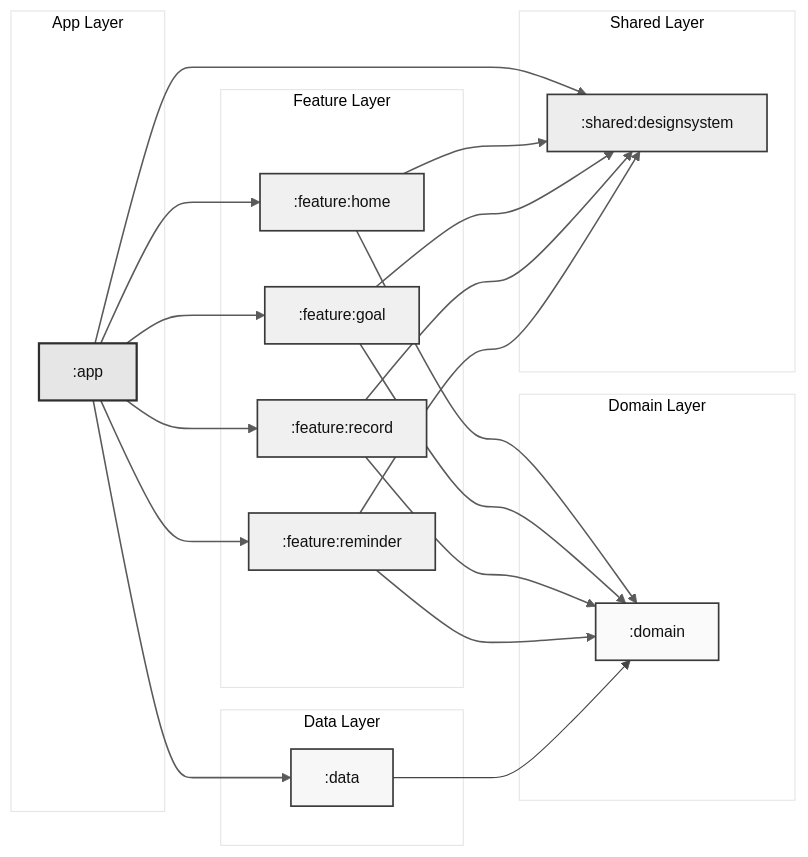
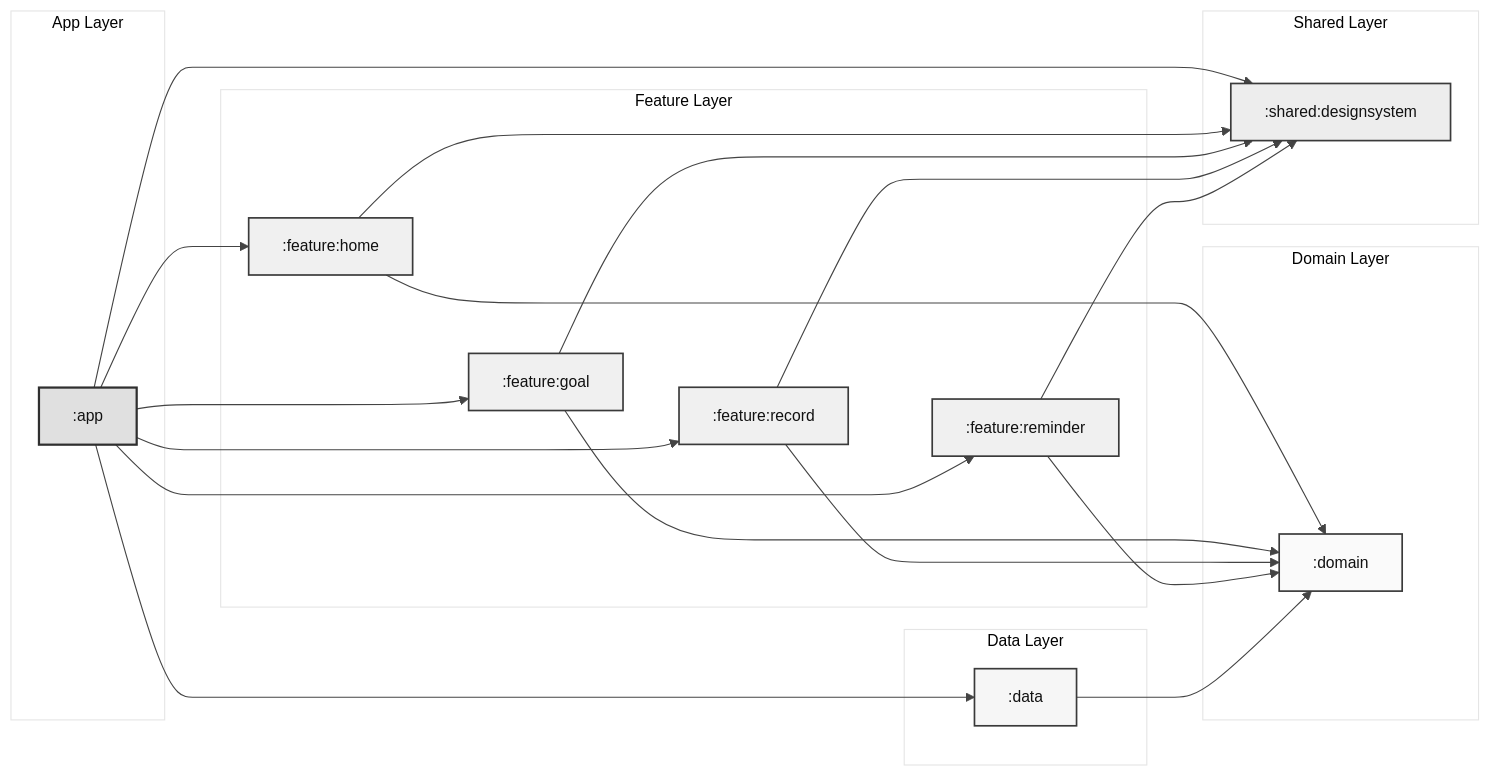
The diagram in README.md (Jiyeong-kor/FitFlow), drawn with Mermaid before and after one commit.

````diff
--- a/README.md
+++ b/README.md
@@ -81,31 +81,52 @@
 }}%%
 
 flowchart LR
-  %% ===== Nodes =====
+  %% =========================
+  %% App Layer
+  %% =========================
   subgraph App_Layer["App Layer"]
     APP[":app"]
   end
 
+  %% =========================
+  %% Feature Layer
+  %% =========================
   subgraph Feature_Layer["Feature Layer"]
     HOME[":feature:home"]
     GOAL[":feature:goal"]
     RECORD[":feature:record"]
     REMINDER[":feature:reminder"]
+
+    %% layout only (no semantic meaning)
+    HOME ~~~ GOAL
+    GOAL ~~~ RECORD
+    RECORD ~~~ REMINDER
   end
 
+  %% =========================
+  %% Domain Layer
+  %% =========================
   subgraph Domain_Layer["Domain Layer"]
     DOMAIN[":domain"]
   end
 
+  %% =========================
+  %% Data Layer
+  %% =========================
   subgraph Data_Layer["Data Layer"]
     DATA[":data"]
   end
 
+  %% =========================
+  %% Shared Layer
+  %% =========================
   subgraph Shared_Layer["Shared Layer"]
     DS[":shared:designsystem"]
   end
 
-  %% ===== Dependencies =====
+  %% =========================
+  %% Dependencies (semantic)
+  %% =========================
   APP --> HOME
   APP --> GOAL
   APP --> RECORD
@@ -125,20 +146,25 @@
 
   DATA --> DOMAIN
 
-  %% ===== Monotone (Lightness-only) Styling =====
-  classDef app fill:#e6e6e6,stroke:#2f2f2f,stroke-width:2px,color:#111;
+  %% =========================
+  %% Monotone Styling (lightness only)
+  %% =========================
+  classDef app fill:#e0e0e0,stroke:#2f2f2f,stroke-width:2px,color:#111;
   classDef feature fill:#f0f0f0,stroke:#3a3a3a,stroke-width:1.5px,color:#111;
   classDef domain fill:#fafafa,stroke:#3a3a3a,stroke-width:1.5px,color:#111;
-  classDef data fill:#f7f7f7,stroke:#3a3a3a,stroke-width:1.5px,color:#111;
+  classDef data fill:#f6f6f6,stroke:#3a3a3a,stroke-width:1.5px,color:#111;
   classDef shared fill:#ededed,stroke:#3a3a3a,stroke-width:1.5px,color:#111;
 
-  %% Layer assignment
   class APP app;
   class HOME,GOAL,RECORD,REMINDER feature;
   class DOMAIN domain;
   class DATA data;
   class DS shared;
 
-  %% Optional: make arrows slightly lighter than borders (still monochrome)
-  linkStyle 0,1,2,3,4,5,6,7,8,9,10,11,12,13 stroke:#5a5a5a,stroke-width:1.4px;
+  %% =========================
+  %% Hide layout-only links
+  %% (HOME~GOAL, GOAL~RECORD, RECORD~REMINDER)
+  %% =========================
+  linkStyle 0,1,2 stroke-width:0px;
+
 ```
````
